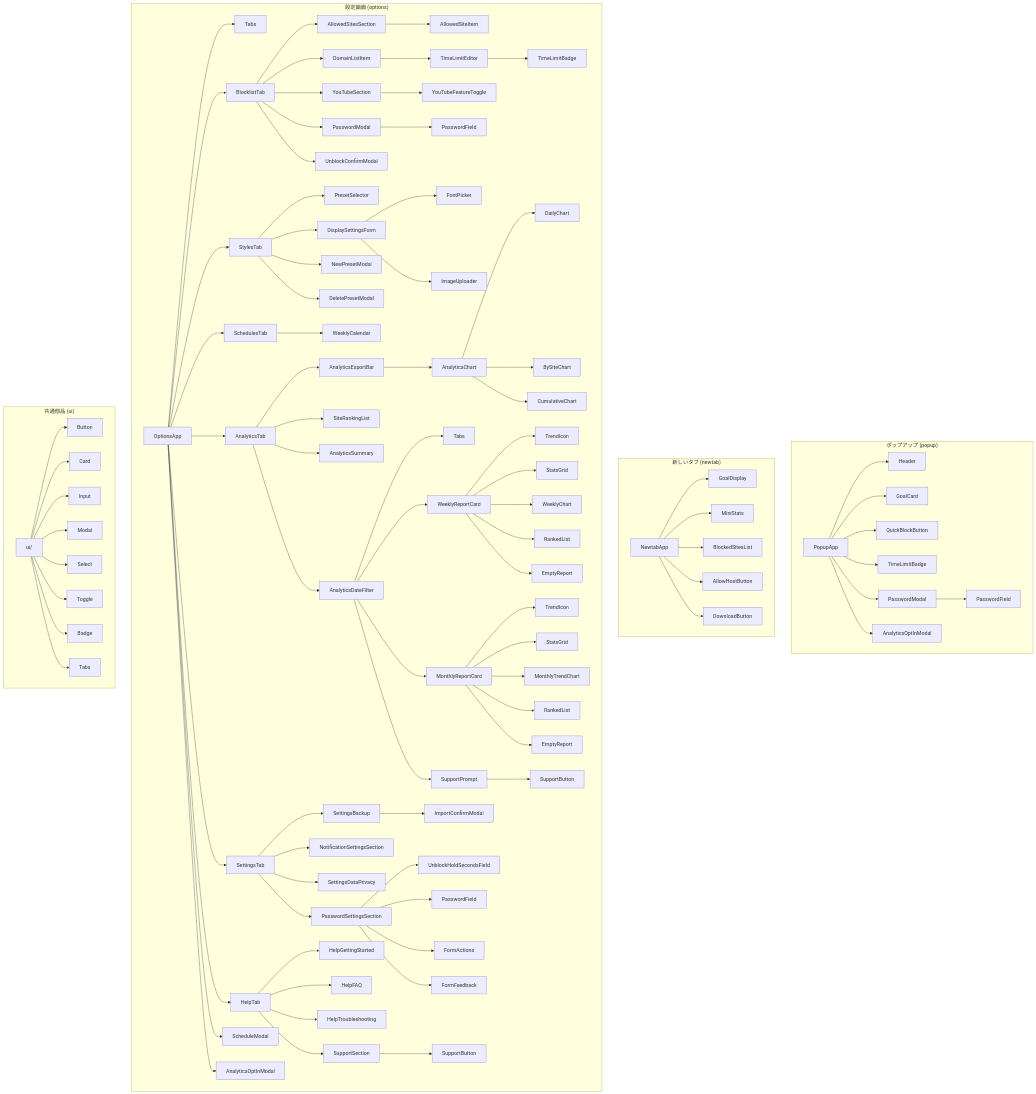
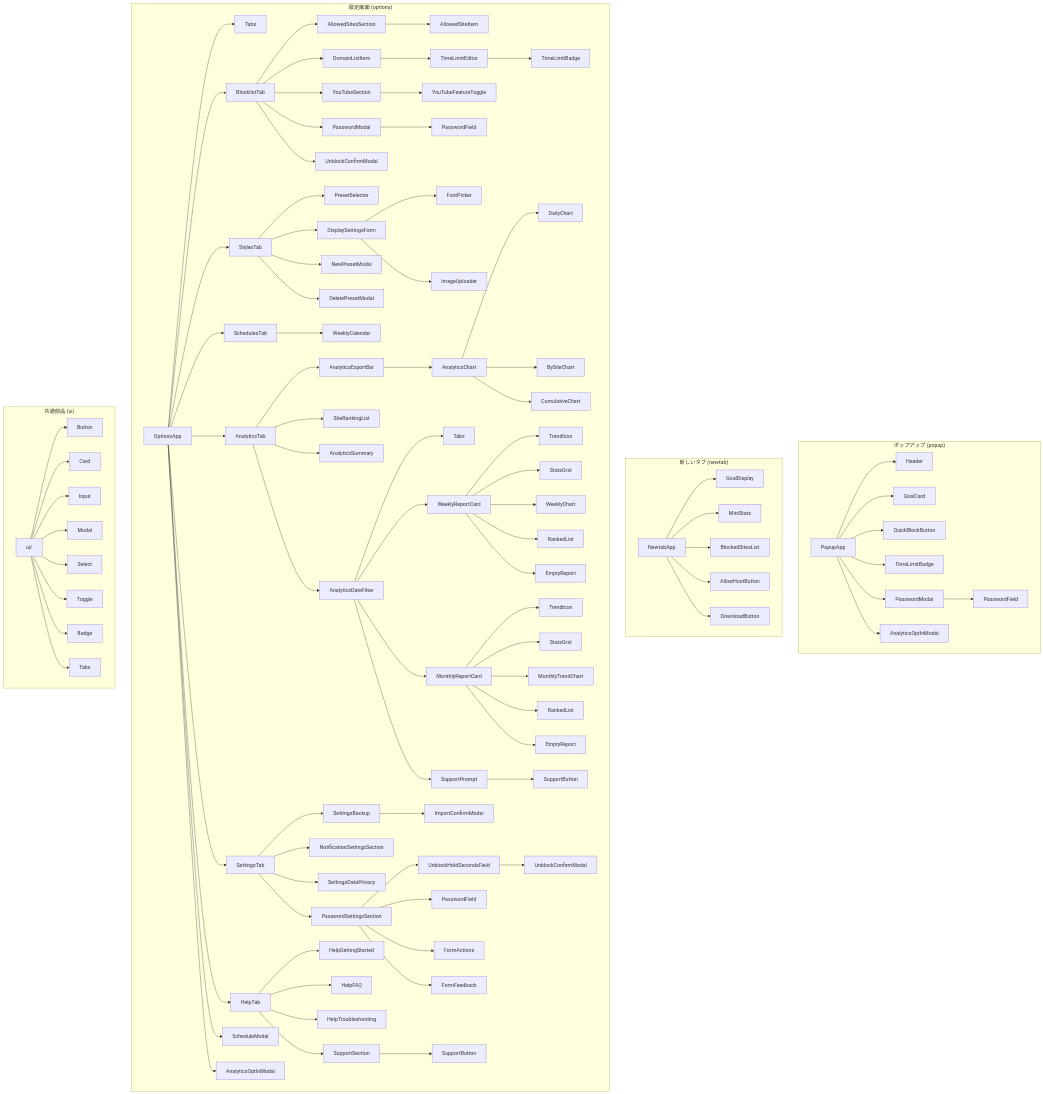
One commit to machina-gg/vision-focus changed the diagram in docs/COMPONENT.md. Above: the diagram before and after it, drawn with Mermaid. The commit also changed other lines of this file and 21 other files, not shown here.

```diff
--- a/docs/COMPONENT.md
+++ b/docs/COMPONENT.md
@@ -204,6 +204,7 @@
         SET --> SBK[SettingsBackup]
         SBK --> ICM[ImportConfirmModal]
         PSS --> UHS[UnblockHoldSecondsField]
+        UHS --> UCM2[UnblockConfirmModal]
         PSS --> PF3[PasswordField]
         PSS --> FA[FormActions]
         PSS --> FF[FormFeedback]
```
